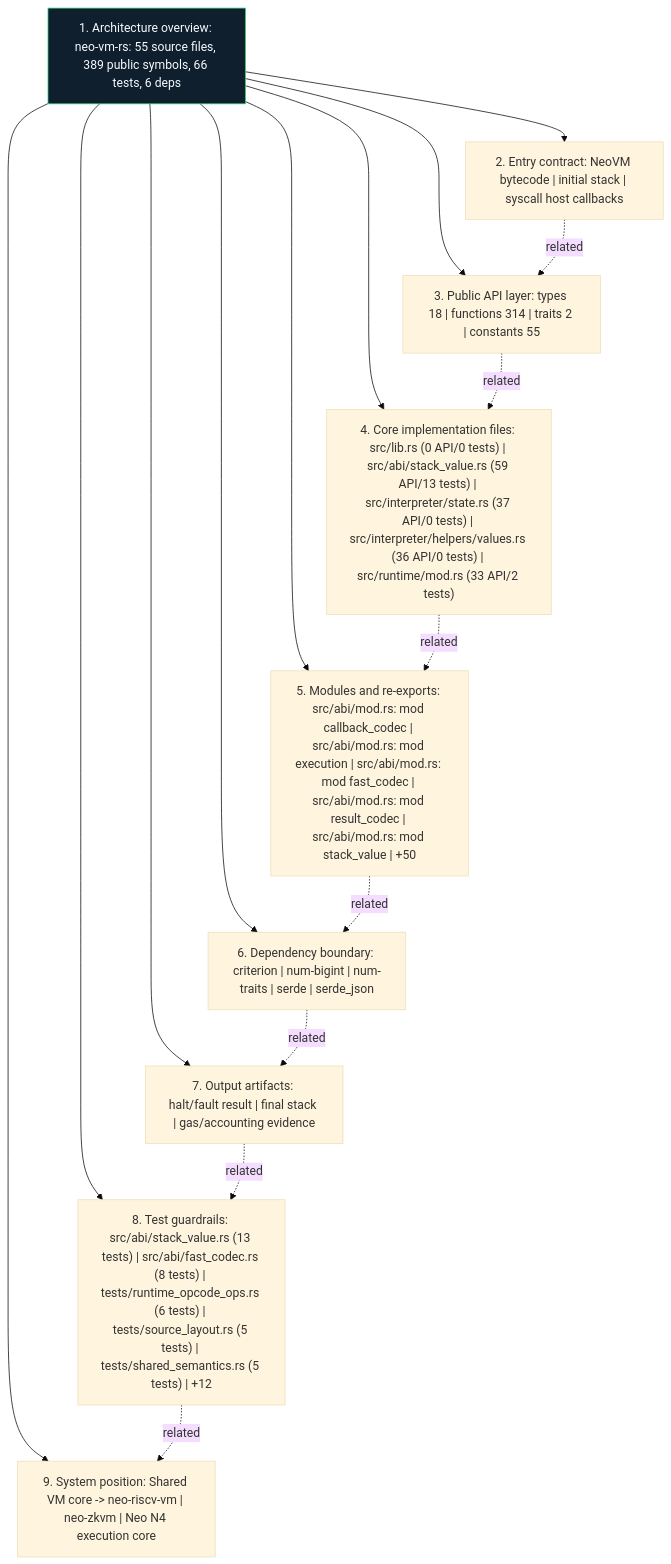
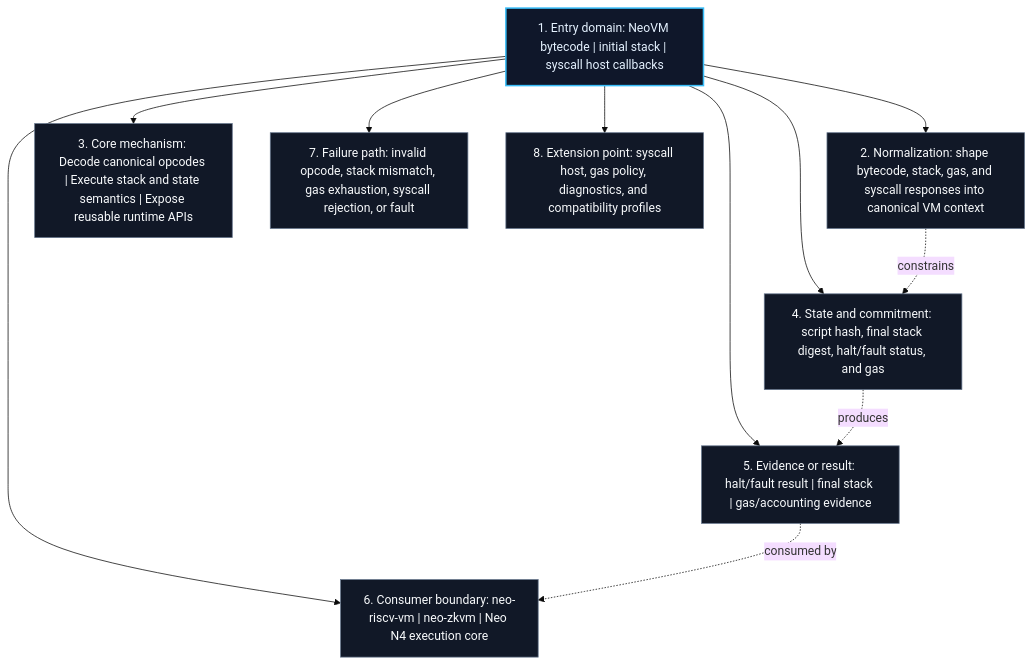
One commit to r3e-network/neo-vm-rs changed the diagram in docs/figures/architecture.mmd. Above: the diagram before and after it, drawn with Mermaid (base theme). The commit also changed 63 other files, not shown here.

Commit message:
Replace crate diagrams with technical views

```diff
--- a/docs/figures/architecture.mmd
+++ b/docs/figures/architecture.mmd
@@ -1,27 +1,23 @@
 flowchart TB
-    N1["1. Architecture overview: neo-vm-rs: 55 source files, 389 public symbols, 66 tests, 6 deps"]
-    N2["2. Entry contract: NeoVM bytecode | initial stack | syscall host callbacks"]
-    N3["3. Public API layer: types 18 | functions 314 | traits 2 | constants 55"]
-    N4["4. Core implementation files: src/lib.rs (0 API/0 tests) | src/abi/stack_value.rs (59 API/13 tests) | src/interpreter/state.rs (37 API/0 tests) | src/interpreter/helpers/values.rs (36 API/0 tests) | src/runtime/mod.rs (33 API/2 tests)"]
-    N5["5. Modules and re-exports: src/abi/mod.rs: mod callback_codec | src/abi/mod.rs: mod execution | src/abi/mod.rs: mod fast_codec | src/abi/mod.rs: mod result_codec | src/abi/mod.rs: mod stack_value | +50"]
-    N6["6. Dependency boundary: criterion | num-bigint | num-traits | serde | serde_json"]
-    N7["7. Output artifacts: halt/fault result | final stack | gas/accounting evidence"]
-    N8["8. Test guardrails: src/abi/stack_value.rs (13 tests) | src/abi/fast_codec.rs (8 tests) | tests/runtime_opcode_ops.rs (6 tests) | tests/source_layout.rs (5 tests) | tests/shared_semantics.rs (5 tests) | +12"]
-    N9["9. System position: Shared VM core -> neo-riscv-vm | neo-zkvm | Neo N4 execution core"]
+    N1["1. Entry domain: NeoVM bytecode | initial stack | syscall host callbacks"]
+    N2["2. Normalization: shape bytecode, stack, gas, and syscall responses into canonical VM context"]
+    N3["3. Core mechanism: Decode canonical opcodes | Execute stack and state semantics | Expose reusable runtime APIs"]
+    N4["4. State and commitment: script hash, final stack digest, halt/fault status, and gas"]
+    N5["5. Evidence or result: halt/fault result | final stack | gas/accounting evidence"]
+    N6["6. Consumer boundary: neo-riscv-vm | neo-zkvm | Neo N4 execution core"]
+    N7["7. Failure path: invalid opcode, stack mismatch, gas exhaustion, syscall rejection, or fault"]
+    N8["8. Extension point: syscall host, gas policy, diagnostics, and compatibility profiles"]
     N1 --> N2
     N1 --> N3
     N1 --> N4
     N1 --> N5
     N1 --> N6
     N1 --> N7
     N1 --> N8
-    N1 --> N9
-    N2 -. related .-> N3
-    N3 -. related .-> N4
-    N4 -. related .-> N5
-    N5 -. related .-> N6
-    N6 -. related .-> N7
-    N7 -. related .-> N8
-    N8 -. related .-> N9
-    classDef crate fill:#101f2d,stroke:#38d978,color:#f6fbff
-    class N1 crate
+    N2 -. constrains .-> N4
+    N4 -. produces .-> N5
+    N5 -. consumed by .-> N6
+    classDef core fill:#0f172a,stroke:#38bdf8,color:#e5f2ff,stroke-width:2px;
+    classDef support fill:#111827,stroke:#64748b,color:#f8fafc;
+    class N1 core;
+    class N2,N3,N4,N5,N6,N7,N8 support;
```
